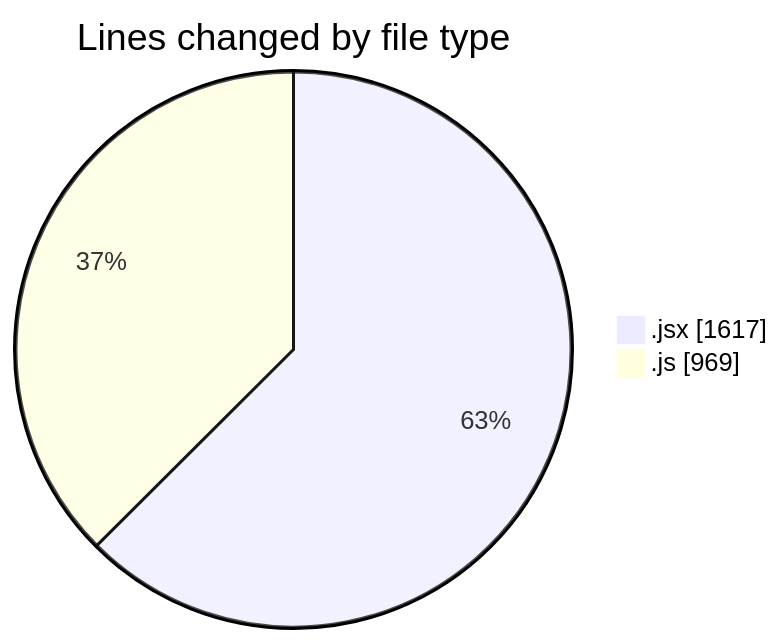
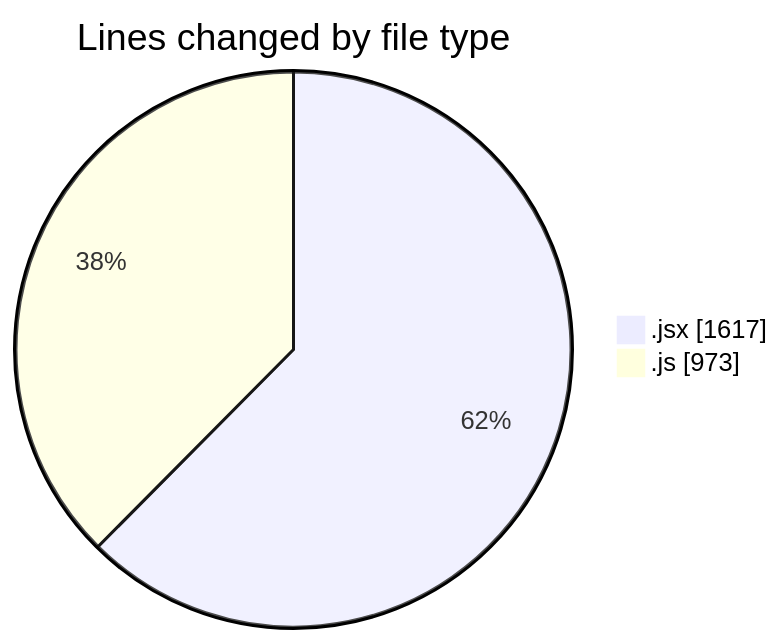
The first of 2 diagrams in 2025-06-04/nxtqube_webapp/README.md (nxtqubesakshisongat/code-tracking), drawn with Mermaid before and after one commit. The commit also changed other lines of this file and 1 other file, not shown here.

````diff
--- a/2025-06-04/nxtqube_webapp/README.md
+++ b/2025-06-04/nxtqube_webapp/README.md
@@ -24,6 +24,6 @@
 ```mermaid
 pie showData
 title Lines changed by file type
 ".jsx" : 1617
-".js" : 969
+".js" : 973
 ```
````
